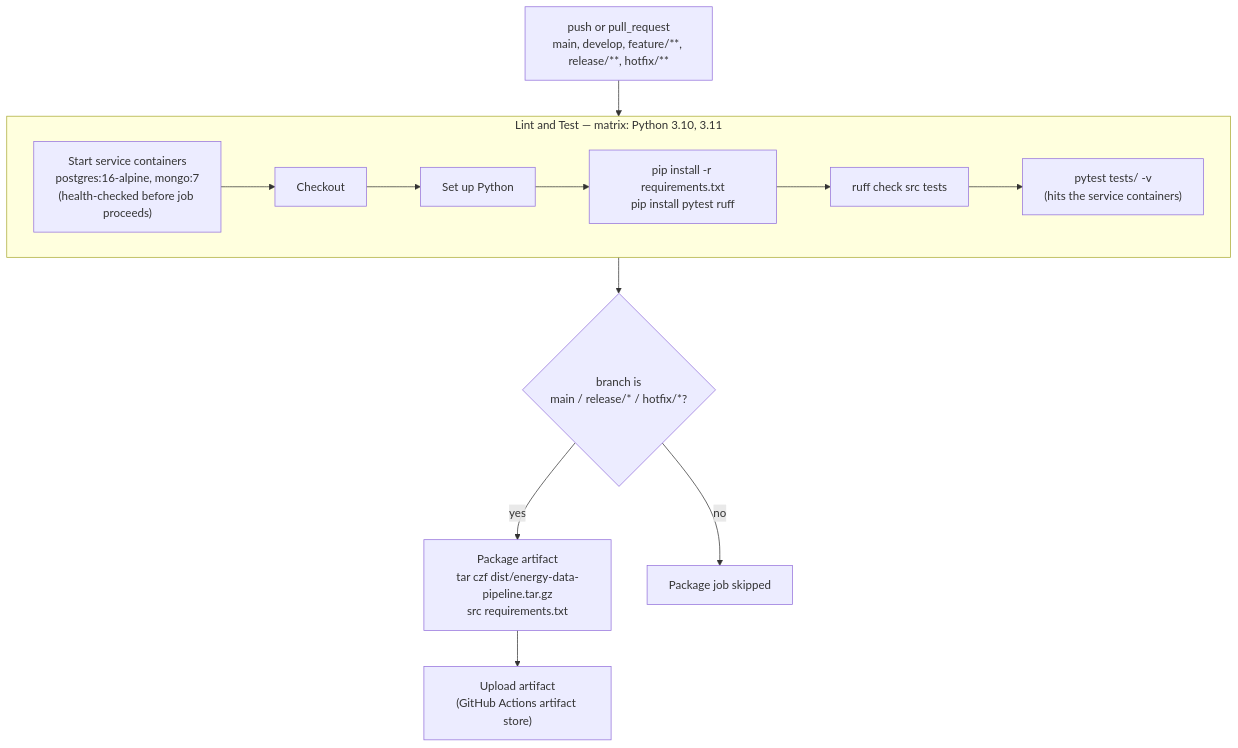
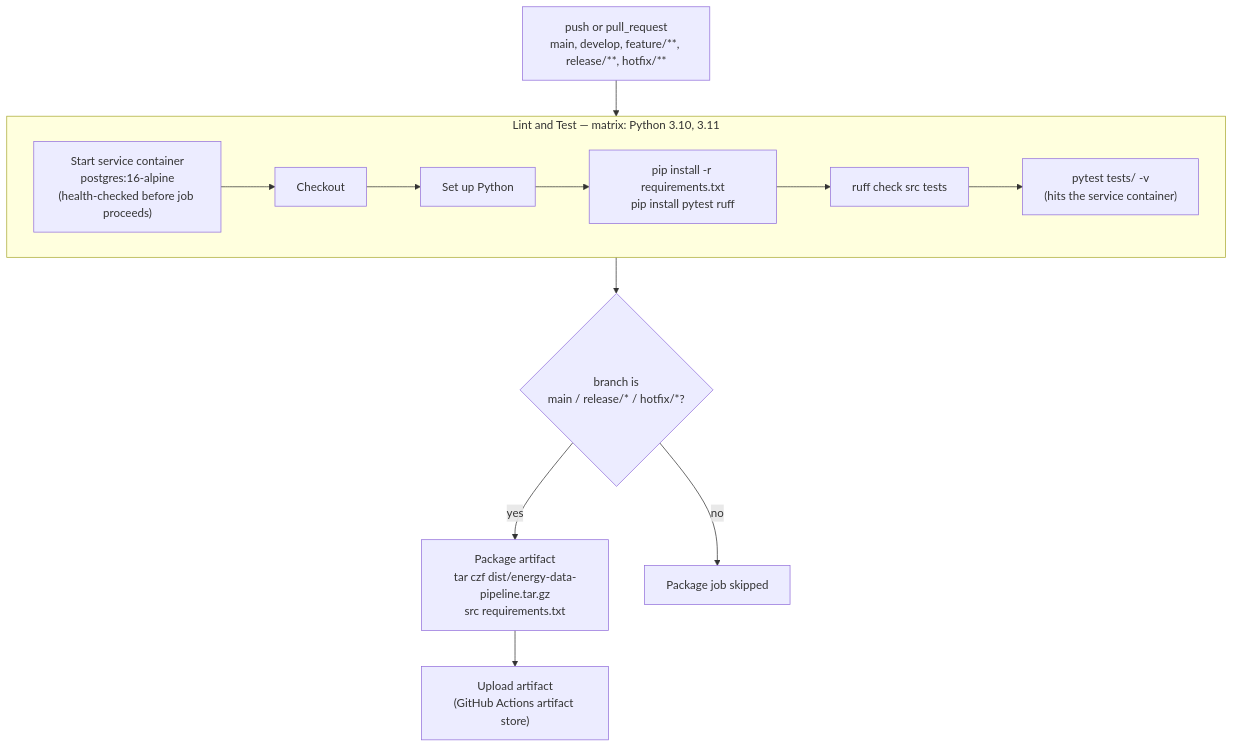
One commit to squirke1/energy-data-pipeline changed the seventh of 8 diagrams in docs/DIAGRAMS.md. Above: the diagram before and after it, drawn with Mermaid. The commit also changed other lines of this file and 16 other files, not shown here.

````diff
--- a/docs/DIAGRAMS.md
+++ b/docs/DIAGRAMS.md
@@ -251,14 +254,14 @@
 ```mermaid
 flowchart TD
     TRIGGER["push or pull_request<br/>main, develop, feature/**, release/**, hotfix/**"] --> SVC
 
     subgraph matrix["Lint and Test — matrix: Python 3.10, 3.11"]
         direction LR
-        SVC["Start service containers<br/>postgres:16-alpine, mongo:7<br/>(health-checked before job proceeds)"] --> M1["Checkout"] --> M2["Set up Python"] --> M3["pip install -r requirements.txt<br/>pip install pytest ruff"] --> M4["ruff check src tests"] --> M5["pytest tests/ -v<br/>(hits the service containers)"]
+        SVC["Start service container<br/>postgres:16-alpine<br/>(health-checked before job proceeds)"] --> M1["Checkout"] --> M2["Set up Python"] --> M3["pip install -r requirements.txt<br/>pip install pytest ruff"] --> M4["ruff check src tests"] --> M5["pytest tests/ -v<br/>(hits the service container)"]
     end
 
     M5 --> GATE{"branch is<br/>main / release/* / hotfix/*?"}
     GATE -- yes --> PKG["Package artifact<br/>tar czf dist/energy-data-pipeline.tar.gz<br/>src requirements.txt"]
     GATE -- no --> SKIP["Package job skipped"]
     PKG --> UPLOAD["Upload artifact<br/>(GitHub Actions artifact store)"]
 ```
````
